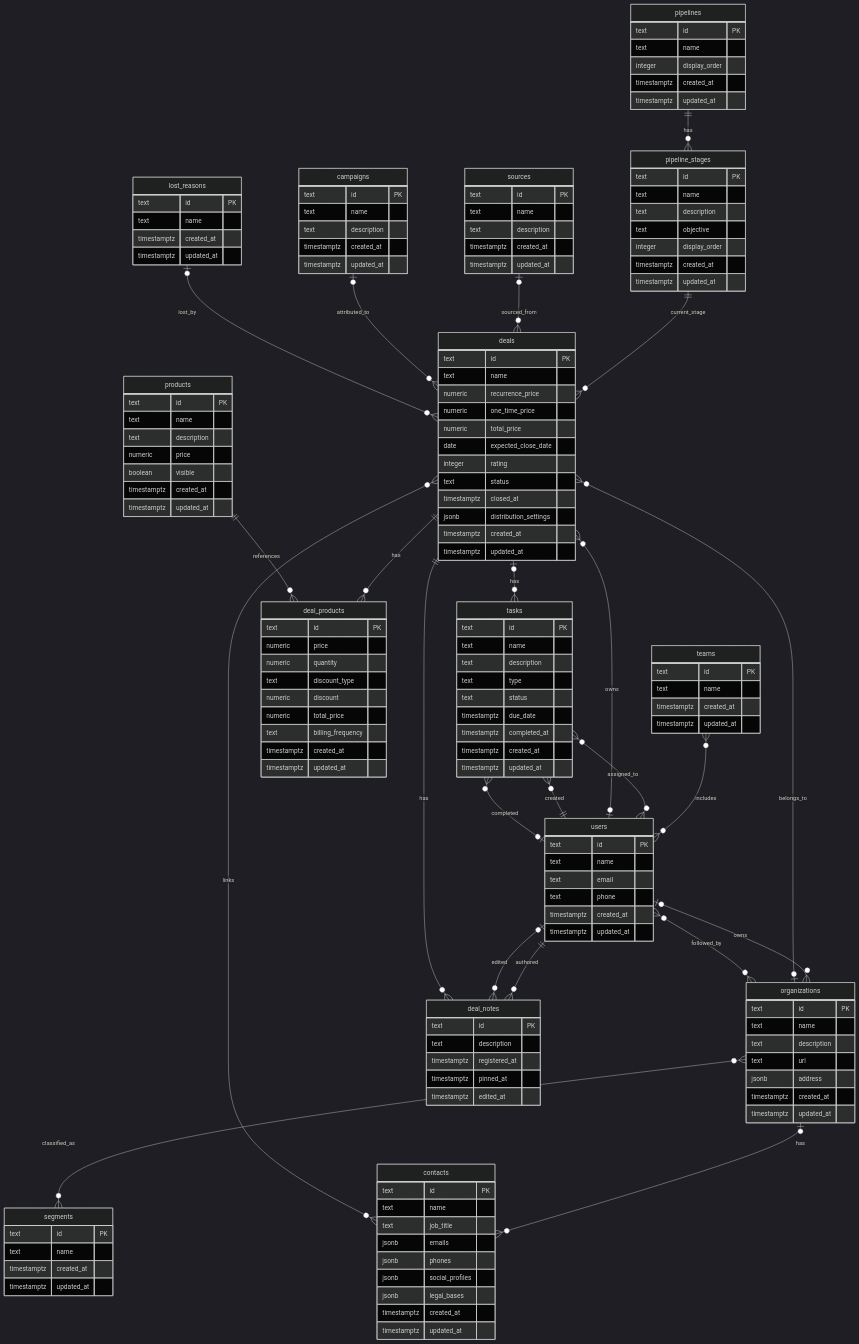
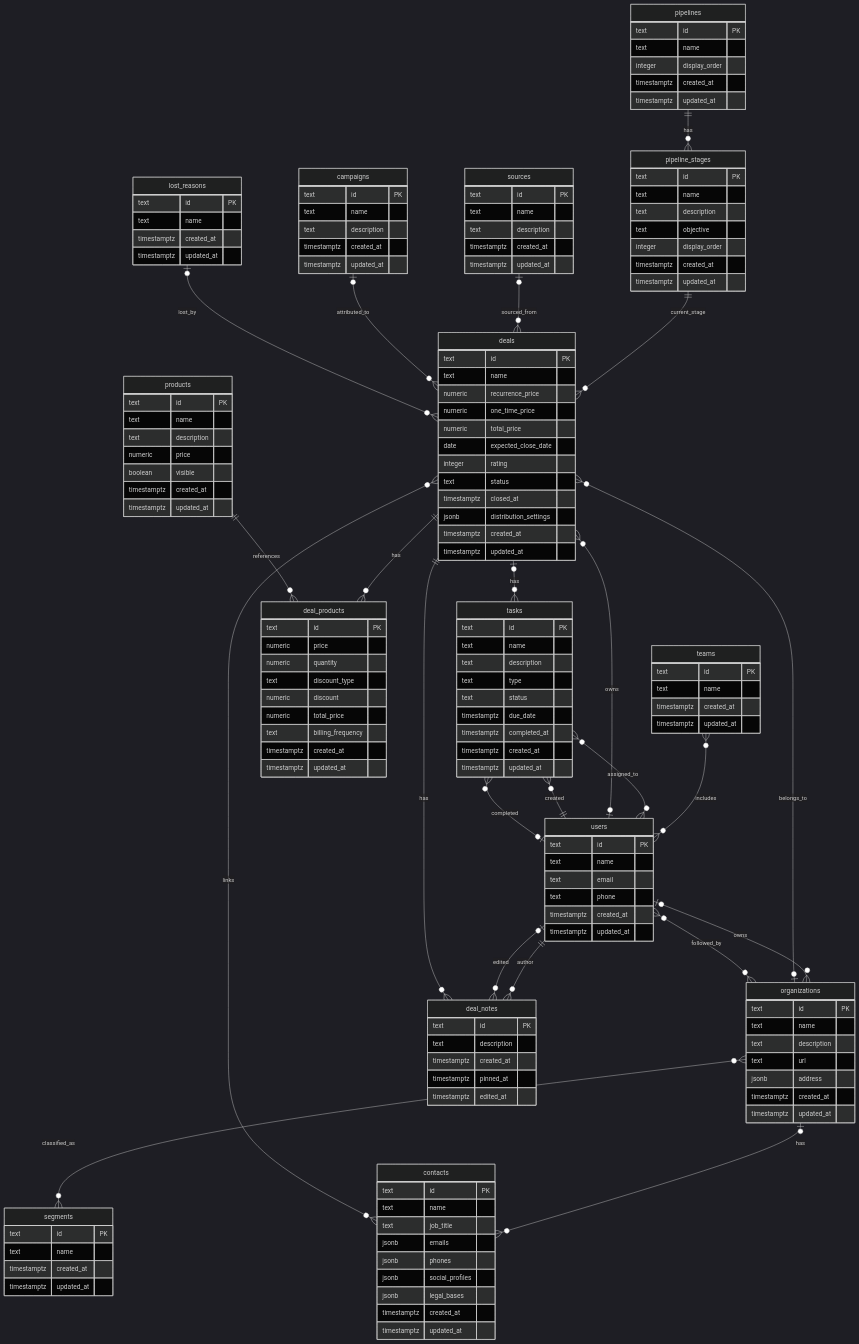
One commit to hcubasd/curly-spoon changed the diagram in README.md. Above: the diagram before and after it, drawn with Mermaid (dark theme). The commit also changed 1 other file, not shown here.

Commit message:
fix: rename user_id to author_id and registered_at to created_at in deal_notes
user_id was ambiguous alongside edited_by_id. author_id makes the role
explicit. registered_at renamed to created_at for schema consistency;
edited_at is retained as the explicit business event for note edits.

```diff
--- a/README.md
+++ b/README.md
@@ -180,7 +180,7 @@
     deal_notes {
         text id PK
         text description
-        timestamptz registered_at
+        timestamptz created_at
         timestamptz pinned_at
         timestamptz edited_at
     }
@@ -201,7 +201,7 @@
     pipeline_stages ||--o{ deals : "current_stage"
     users o|--o{ organizations : "owns"
     users o|--o{ deals : "owns"
-    users ||--o{ deal_notes : "authored"
+    users ||--o{ deal_notes : "author"
     users o|--o{ deal_notes : "edited"
     users ||--o{ tasks : "created"
     users o|--o{ tasks : "completed"
```
